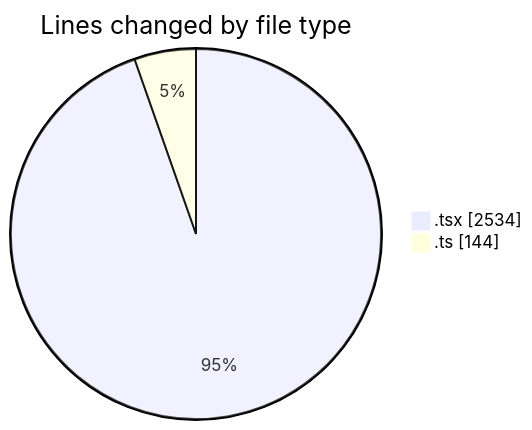
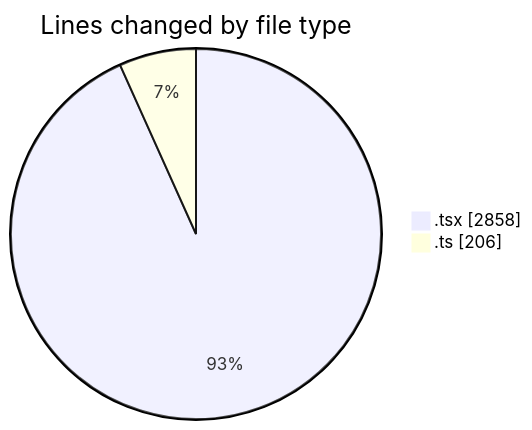
The first of 2 diagrams in 2025-09-23/cda/README.md (momahboobian/code-tracking), drawn with Mermaid before and after one commit. The commit also changed other lines of this file and 1 other file, not shown here.

````diff
--- a/2025-09-23/cda/README.md
+++ b/2025-09-23/cda/README.md
@@ -24,6 +24,6 @@
 ```mermaid
 pie showData
 title Lines changed by file type
-".tsx" : 2534
-".ts" : 144
+".tsx" : 2858
+".ts" : 206
 ```
````
